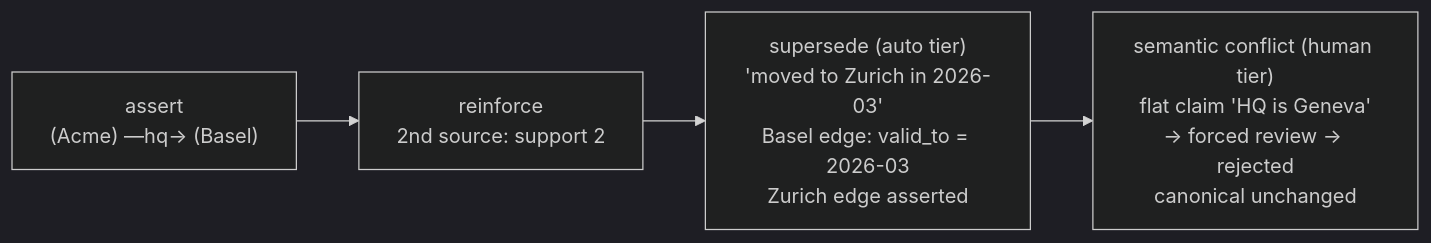
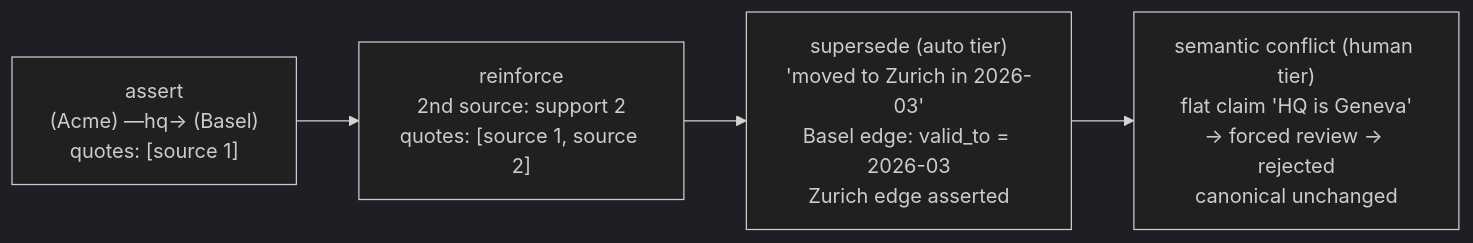
Before and after one commit to clsanc195/ks_ingestion_inference: the fourth of 7 diagrams in docs/lifecycle.md, drawn with Mermaid (dark theme). The commit also changed other lines of this file and 5 other files, not shown here.

````diff
--- a/docs/lifecycle.md
+++ b/docs/lifecycle.md
@@ -129,6 +155,6 @@
 ```mermaid
 flowchart LR
-    A["assert<br/>(Acme) —hq→ (Basel)"] --> B["reinforce<br/>2nd source: support 2"]
+    A["assert<br/>(Acme) —hq→ (Basel)<br/>quotes: [source 1]"] --> B["reinforce<br/>2nd source: support 2<br/>quotes: [source 1, source 2]"]
     B --> C["supersede (auto tier)<br/>'moved to Zurich in 2026-03'<br/>Basel edge: valid_to = 2026-03<br/>Zurich edge asserted"]
     C --> D["semantic conflict (human tier)<br/>flat claim 'HQ is Geneva'<br/>→ forced review → rejected<br/>canonical unchanged"]
 ```
````
